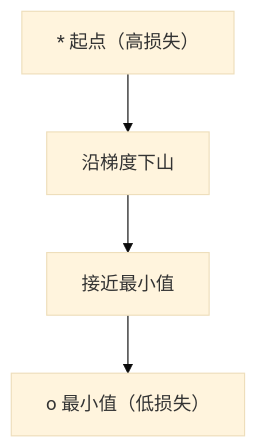
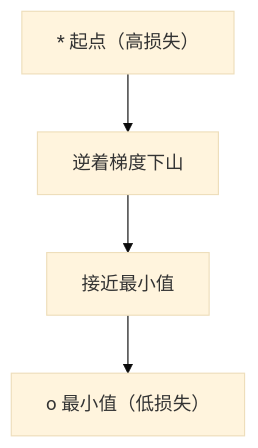
One commit to huangyue12120/Learning-Atlas changed the first of 5 diagrams in content/translations/practice/01-math-foundations/08-optimization/zh.md. Above: the diagram before and after it, drawn with Mermaid (base theme). The commit also changed other lines of this file and 305 other files, not shown here.

````diff
--- a/content/translations/practice/01-math-foundations/08-optimization/zh.md
+++ b/content/translations/practice/01-math-foundations/08-optimization/zh.md
@@ -113,6 +113,6 @@
 ```mermaid
 graph TD
-    A["* 起点（高损失）"] --> B["沿梯度下山"]
+    A["* 起点（高损失）"] --> B["逆着梯度下山"]
     B --> C["接近最小值"]
     C --> D["o 最小值（低损失）"]
 ```
````
